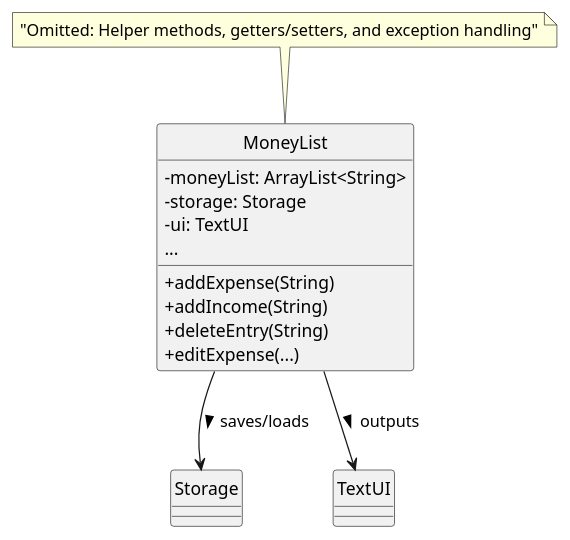
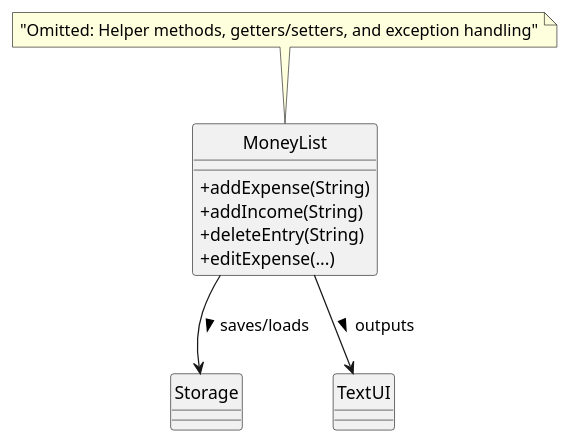
Before and after one commit to EdwinTun98/tp: the diagram in docs/diagrams/MoneyList_Class.puml, drawn with PlantUML. The commit also changed 41 other files, not shown here.

```diff
--- a/docs/diagrams/MoneyList_Class.puml
+++ b/docs/diagrams/MoneyList_Class.puml
@@ -1,21 +1,17 @@
 @startuml MoneyList_ClassDiagram
 hide circle
 skinparam classAttributeIconSize 0
 
 class MoneyList {
-  - moneyList: ArrayList<String>
-  - storage: Storage
-  - ui: TextUI
   + addExpense(String)
   + addIncome(String)
   + deleteEntry(String)
   + editExpense(...)
-  ...
 }
 
 note top: "Omitted: Helper methods, getters/setters, and exception handling"
 
 MoneyList --> Storage : saves/loads >
 MoneyList --> TextUI : outputs >
 
 @enduml
```
